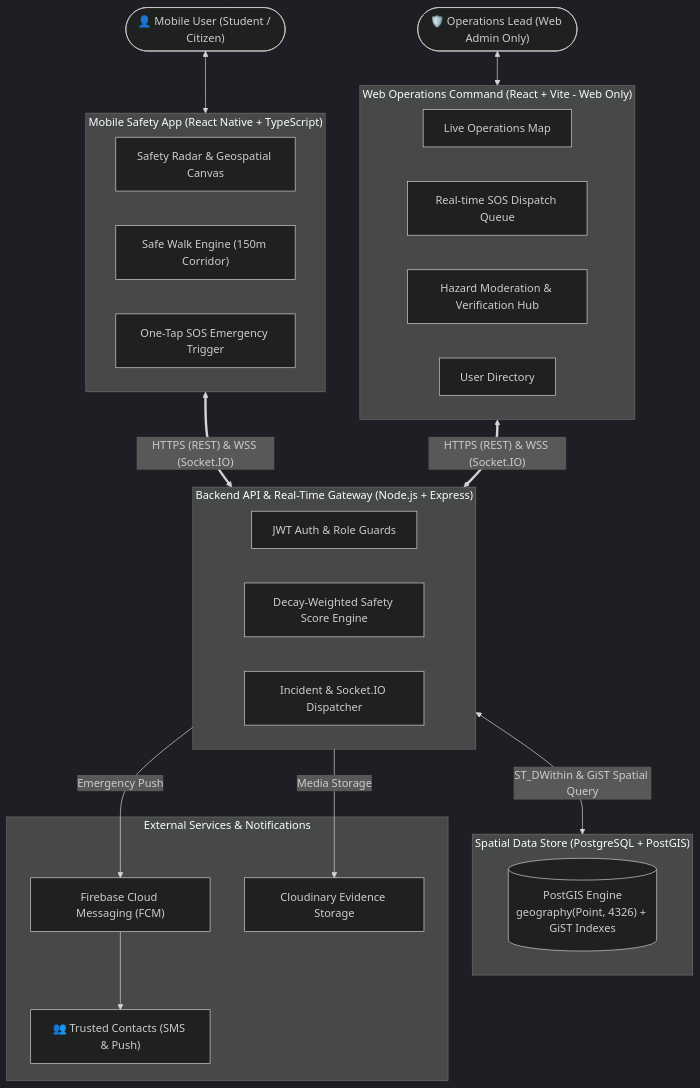
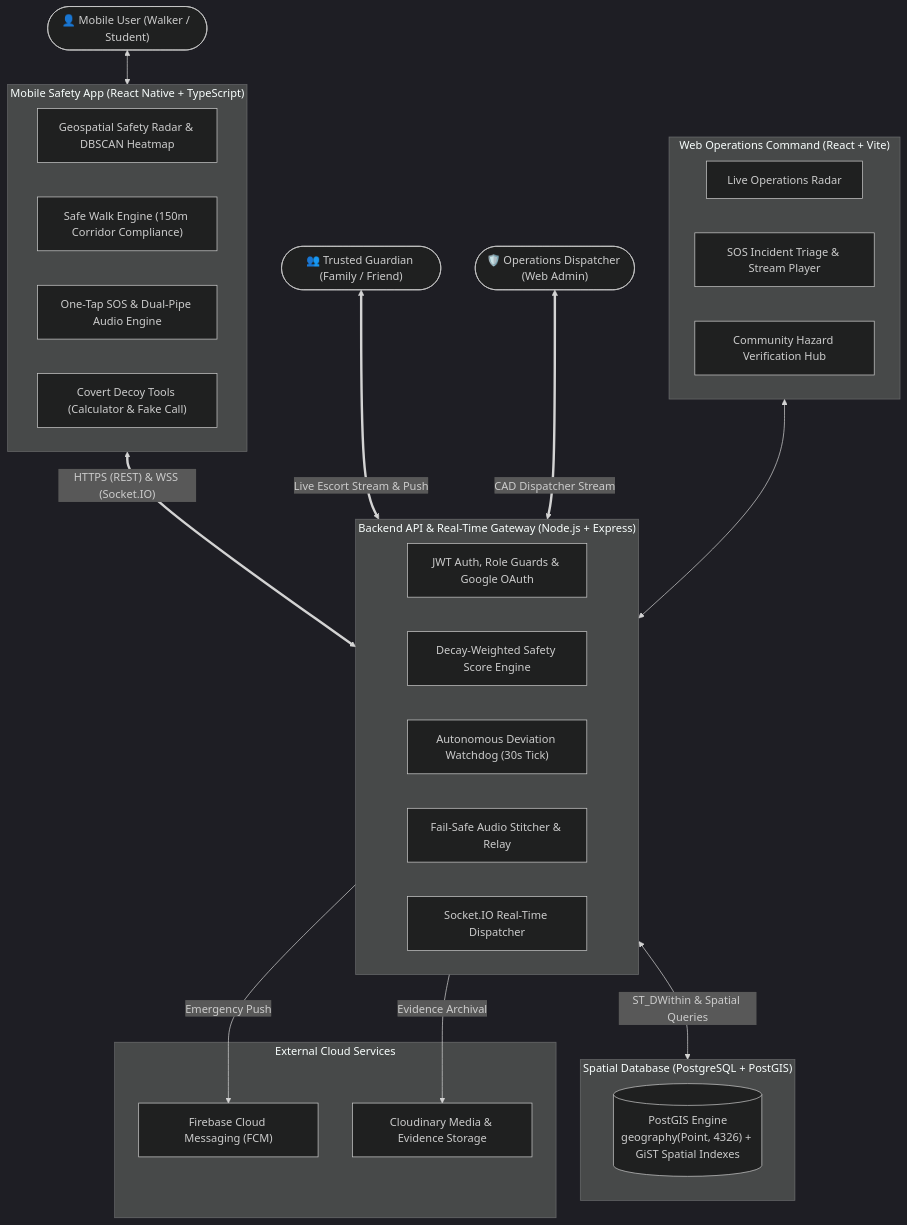
The diagram in README.md (safora-safety/Safora), drawn with Mermaid (dark theme) before and after one commit. The commit also changed other lines of this file and 12 other files, not shown here.

````diff
--- a/README.md
+++ b/README.md
@@ -24,43 +25,45 @@
 ```mermaid
 flowchart TD
-    User(["👤 Mobile User (Student / Citizen)"])
-    Admin(["🛡️ Operations Lead (Web Admin Only)"])
+    User(["👤 Mobile User (Walker / Student)"])
+    Guardian(["👥 Trusted Guardian (Family / Friend)"])
+    Admin(["🛡️ Operations Dispatcher (Web Admin)"])
 
     subgraph MobileApp ["Mobile Safety App (React Native + TypeScript)"]
-        Radar["Safety Radar & Geospatial Canvas"]
-        SafeWalk["Safe Walk Engine (150m Corridor)"]
-        SOS["One-Tap SOS Emergency Trigger"]
-    end
-
-    subgraph WebAdmin ["Web Operations Command (React + Vite - Web Only)"]
-        CommandMap["Live Operations Map"]
-        IncidentQueue["Real-time SOS Dispatch Queue"]
-        Moderation["Hazard Moderation & Verification Hub"]
-        UserMgmt["User Directory"]
+        Radar["Geospatial Safety Radar & DBSCAN Heatmap"]
+        SafeWalk["Safe Walk Engine (150m Corridor Compliance)"]
+        SOS["One-Tap SOS & Dual-Pipe Audio Engine"]
+        Decoy["Covert Decoy Tools (Calculator & Fake Call)"]
     end
 
     subgraph BackendGateway ["Backend API & Real-Time Gateway (Node.js + Express)"]
-        Auth["JWT Auth & Role Guards"]
+        Auth["JWT Auth, Role Guards & Google OAuth"]
         ScoreEngine["Decay-Weighted Safety Score Engine"]
-        IncidentMgr["Incident & Socket.IO Dispatcher"]
+        Watchdog["Autonomous Deviation Watchdog (30s Tick)"]
+        AudioStitcher["Fail-Safe Audio Stitcher & Relay"]
+        SocketGateway["Socket.IO Real-Time Dispatcher"]
     end
 
-    subgraph SpatialDB ["Spatial Data Store (PostgreSQL + PostGIS)"]
-        PostGIS[("PostGIS Engine<br/>geography(Point, 4326) + GiST Indexes")]
+    subgraph SpatialDB ["Spatial Database (PostgreSQL + PostGIS)"]
+        PostGIS[("PostGIS Engine<br/>geography(Point, 4326) + GiST Spatial Indexes")]
     end
 
-    subgraph ExternalServices ["External Services & Notifications"]
+    subgraph ExternalServices ["External Cloud Services"]
         FCM["Firebase Cloud Messaging (FCM)"]
-        Cloudinary["Cloudinary Evidence Storage"]
-        Contacts["👥 Trusted Contacts (SMS & Push)"]
+        Cloudinary["Cloudinary Media & Evidence Storage"]
+    end
+
+    subgraph WebAdmin ["Web Operations Command (React + Vite)"]
+        CommandRadar["Live Operations Radar"]
+        IncidentQueue["SOS Incident Triage & Stream Player"]
+        Moderation["Community Hazard Verification Hub"]
     end
 
     User <--> MobileApp
-    Admin <--> WebAdmin
     MobileApp <==>|"HTTPS (REST) & WSS (Socket.IO)"| BackendGateway
-    WebAdmin <==>|"HTTPS (REST) & WSS (Socket.IO)"| BackendGateway
-    BackendGateway <-->|"ST_DWithin & GiST Spatial Query"| SpatialDB
+    Guardian <==>|"Live Escort Stream & Push"| BackendGateway
+    Admin <==>|"CAD Dispatcher Stream"| BackendGateway
+    BackendGateway <-->|"ST_DWithin & Spatial Queries"| SpatialDB
     BackendGateway -->|"Emergency Push"| FCM
-    BackendGateway -->|"Media Storage"| Cloudinary
-    FCM --> Contacts
+    BackendGateway -->|"Evidence Archival"| Cloudinary
+    WebAdmin <--> BackendGateway
 ```
````
